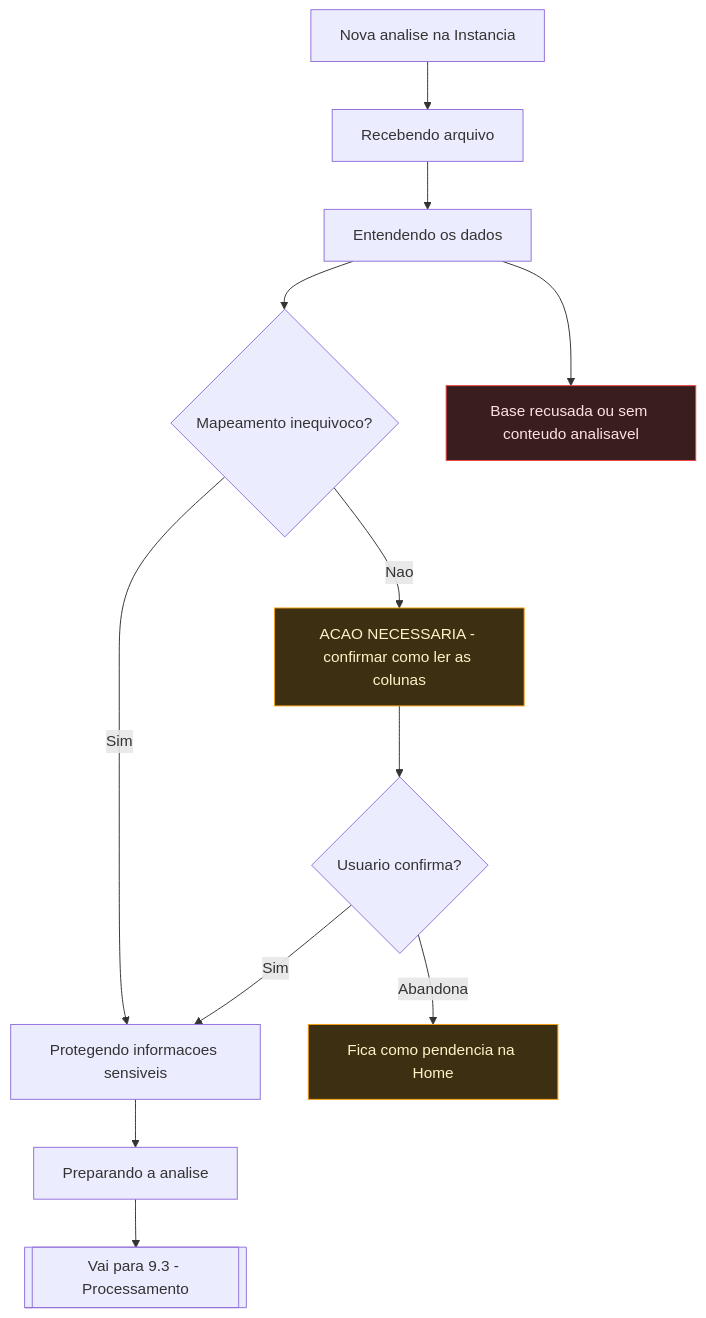
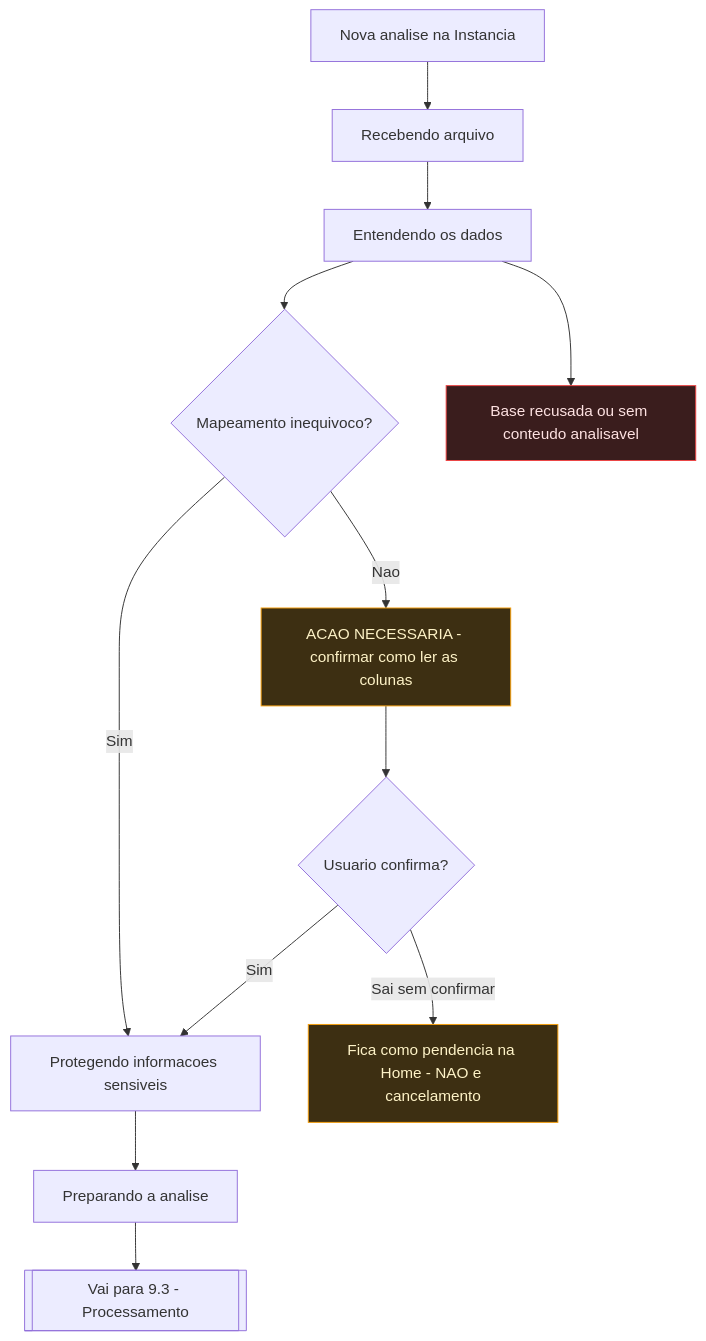
The third of 5 diagrams in docs/DISCOVERY-FRONT-EXPERIENCE.md (eduardosampaio1/sentinela-front), drawn with Mermaid before and after one commit. The commit also changed other lines of this file, not shown here.

````diff
--- a/docs/DISCOVERY-FRONT-EXPERIENCE.md
+++ b/docs/DISCOVERY-FRONT-EXPERIENCE.md
@@ -646,19 +652,19 @@
 ```mermaid
 flowchart TD
     NEW[Nova analise na Instancia] --> UP[Recebendo arquivo]
     UP --> UND[Entendendo os dados]
     UND --> MAP{Mapeamento inequivoco?}
     MAP -->|Nao| MAPUI[ACAO NECESSARIA - confirmar como ler as colunas]:::act
     MAPUI --> CONF{Usuario confirma?}
     CONF -->|Sim| PROT
-    CONF -->|Abandona| PEND[Fica como pendencia na Home]:::act
+    CONF -->|Sai sem confirmar| PEND[Fica como pendencia na Home - NAO e cancelamento]:::act
     MAP -->|Sim| PROT[Protegendo informacoes sensiveis]
     PROT --> PREP[Preparando a analise]
     PREP --> OUT[[Vai para 9.3 - Processamento]]
 
     REJ[Base recusada ou sem conteudo analisavel]:::fail
     UND --> REJ
 
     classDef act fill:#3d2f12,stroke:#f59e0b,color:#fef3c7
     classDef fail fill:#3a1d1d,stroke:#ef4444,color:#fee2e2
 ```
````
